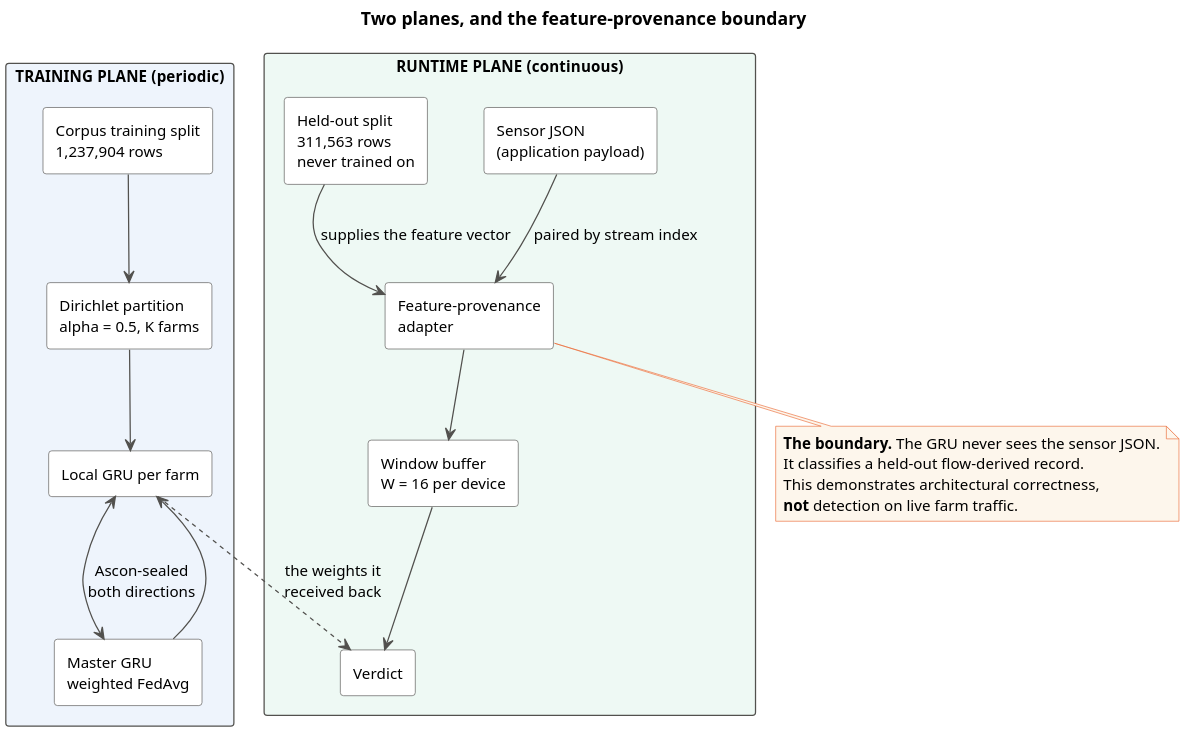
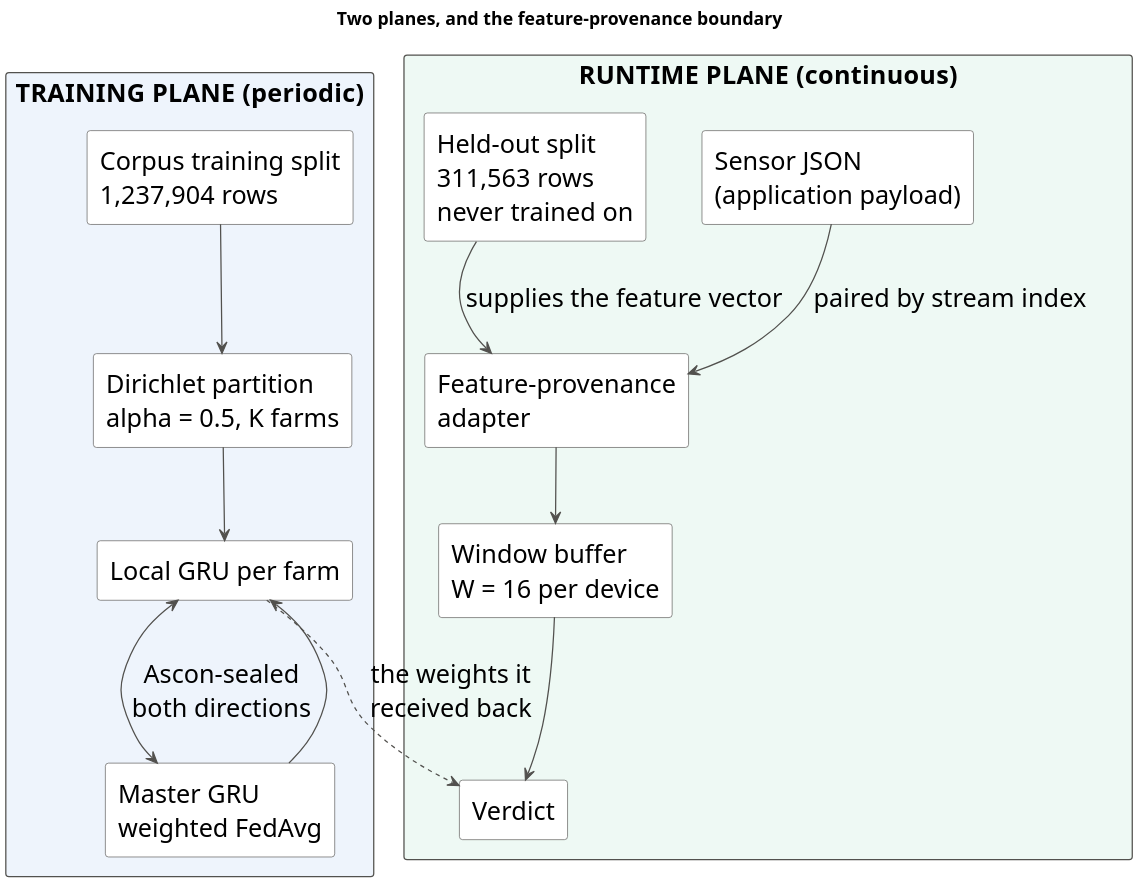
The diagram in paper/diagrams/04_two_planes.puml (AryanAgarwal1251/ascon_smart_agri), drawn with PlantUML before and after one commit. The commit also changed 13 other files, not shown here.

```diff
--- a/paper/diagrams/04_two_planes.puml
+++ b/paper/diagrams/04_two_planes.puml
@@ -1,51 +1,44 @@
 @startuml two_planes
 ' The training plane and the runtime plane, and the boundary between them.
 ' render at 2x so the raster export is print-resolution at column width
 scale 2
 skinparam defaultFontName Helvetica
-skinparam defaultFontSize 12
+skinparam defaultFontSize 20
 skinparam shadowing false
 skinparam ArrowColor #52514e
 skinparam rectangle {
   BackgroundColor #ffffff
   BorderColor #52514e
 }
 skinparam NoteBackgroundColor #fdf6ec
 skinparam NoteBorderColor #eb6834
 
 title Two planes, and the feature-provenance boundary
 
 rectangle "TRAINING PLANE  (periodic)" as TP #eef4fc {
   rectangle "Corpus training split\n1,237,904 rows" as TR
   rectangle "Dirichlet partition\nalpha = 0.5, K farms" as DP
   rectangle "Local GRU per farm" as LG
   rectangle "Master GRU\nweighted FedAvg" as MG
 }
 
 rectangle "RUNTIME PLANE  (continuous)" as RP #eef9f4 {
   rectangle "Sensor JSON\n(application payload)" as JS
   rectangle "Feature-provenance\nadapter" as FPA
   rectangle "Held-out split\n311,563 rows\nnever trained on" as HO
   rectangle "Window buffer\nW = 16 per device" as WB
   rectangle "Verdict" as V
 }
 
 TR --> DP
 DP --> LG
 LG <--> MG : Ascon-sealed\nboth directions
 MG --> LG
 
 JS --> FPA : paired by stream index
 HO --> FPA : supplies the feature vector
 FPA --> WB
 WB --> V
 LG ..> V : the weights it\nreceived back
 
-note bottom of FPA
-  <b>The boundary.</b> The GRU never sees the sensor JSON.
-  It classifies a held-out flow-derived record.
-  This demonstrates architectural correctness,
-  <b>not</b> detection on live farm traffic.
-end note
-
 @enduml
```
